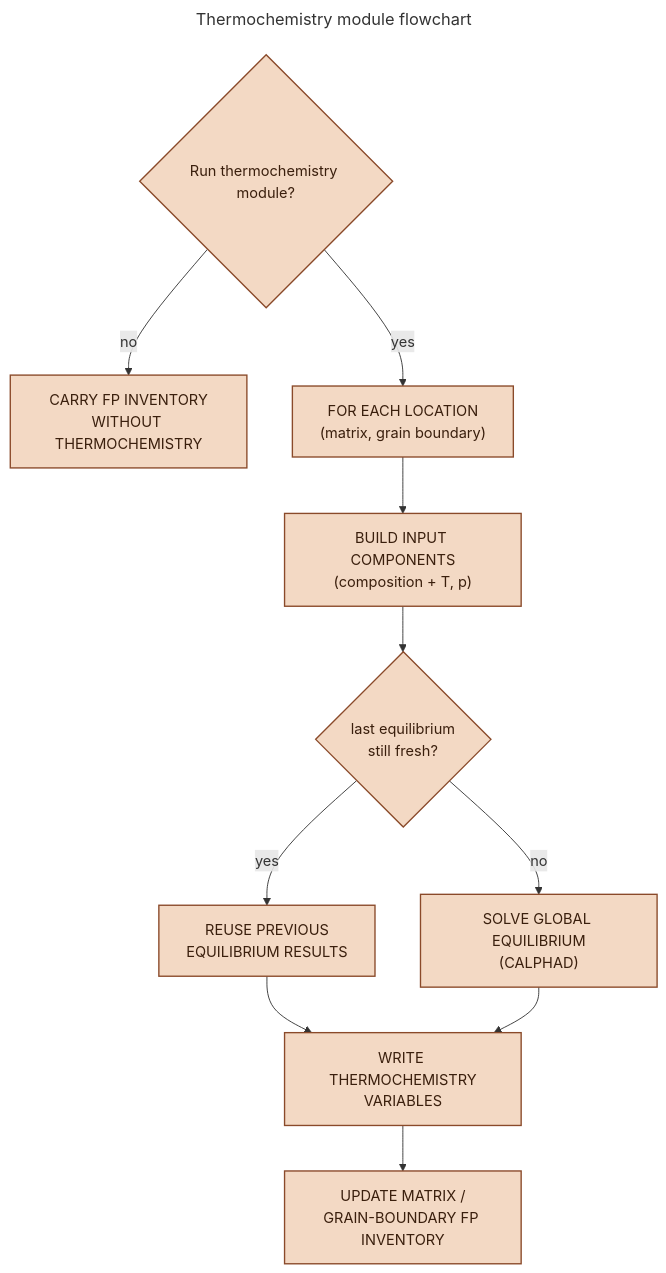
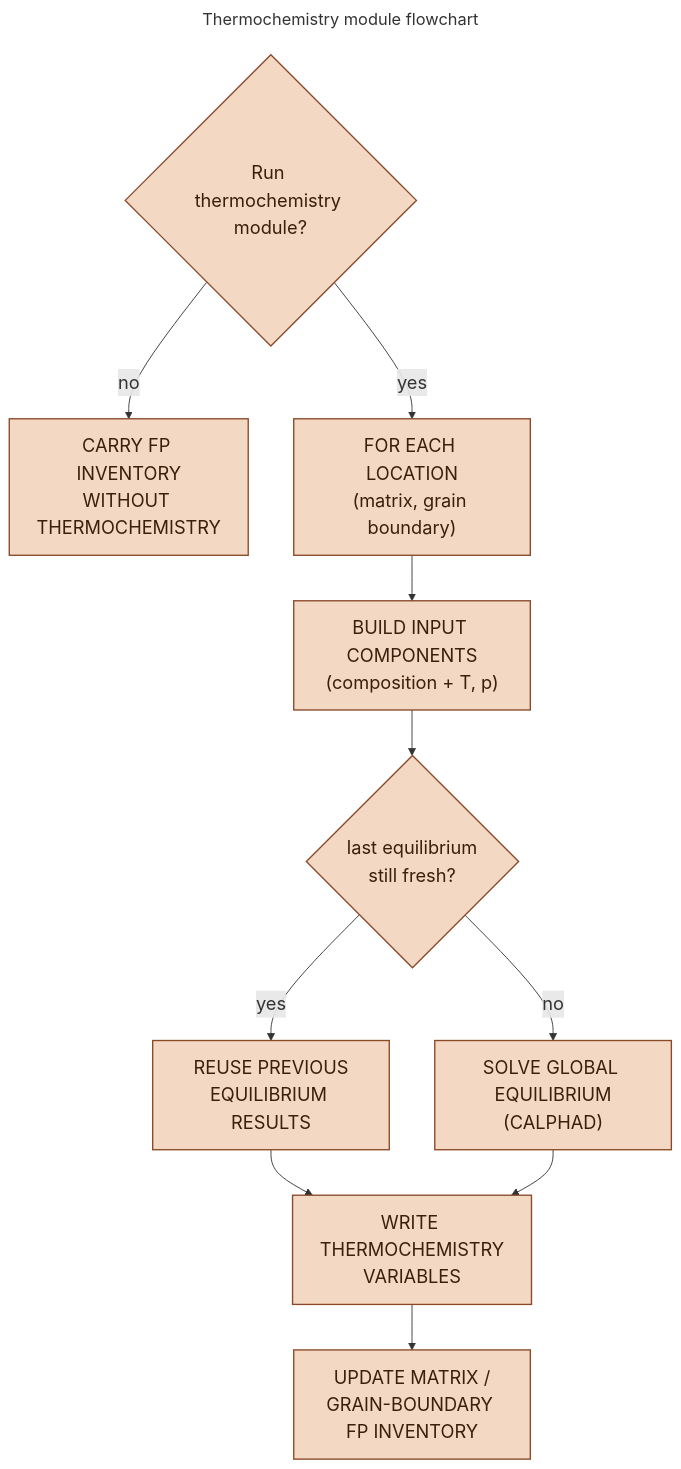
The diagram in utilities/workflow/OCcoupling.mmd (sciantix/sciantix-official), drawn with Mermaid before and after one commit. The commit also changed 2 other files, not shown here.

```diff
--- a/utilities/workflow/OCcoupling.mmd
+++ b/utilities/workflow/OCcoupling.mmd
@@ -1,22 +1,23 @@
     ---
     title: Thermochemistry module flowchart
     ---
+    %%{init: {"themeVariables": {"fontSize": "20px"}} }%%
     flowchart TB
         O1{"Run thermochemistry module?"}
         Oskip["CARRY FP INVENTORY<br/>WITHOUT THERMOCHEMISTRY"]
         O2["FOR EACH LOCATION<br/>(matrix, grain boundary)"]
         O3["BUILD INPUT COMPONENTS<br/>(composition + T, p)"]
         O4{"last equilibrium<br/>still fresh?"}
         O5["REUSE PREVIOUS<br/>EQUILIBRIUM RESULTS"]
         O6["SOLVE GLOBAL EQUILIBRIUM<br/>(CALPHAD)"]
         O7["WRITE THERMOCHEMISTRY<br/>VARIABLES"]
         O8["UPDATE MATRIX /<br/>GRAIN-BOUNDARY FP INVENTORY"]
 
         O1 -- no --> Oskip
         O1 -- yes --> O2 --> O3 --> O4
         O4 -- yes --> O5 --> O7
         O4 -- no --> O6 --> O7
         O7 --> O8
 
         classDef simOc fill:#F3D9C4,stroke:#8A4A2A,stroke-width:1.5px,color:#3a1f0d;
         class O1,Oskip,O2,O3,O4,O5,O6,O7,O8 simOc;
```
